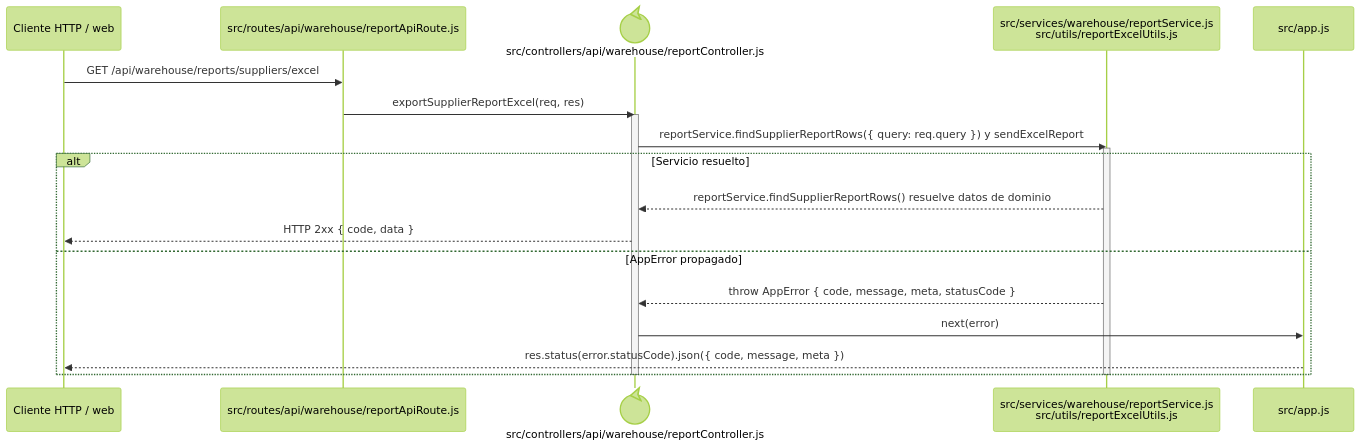
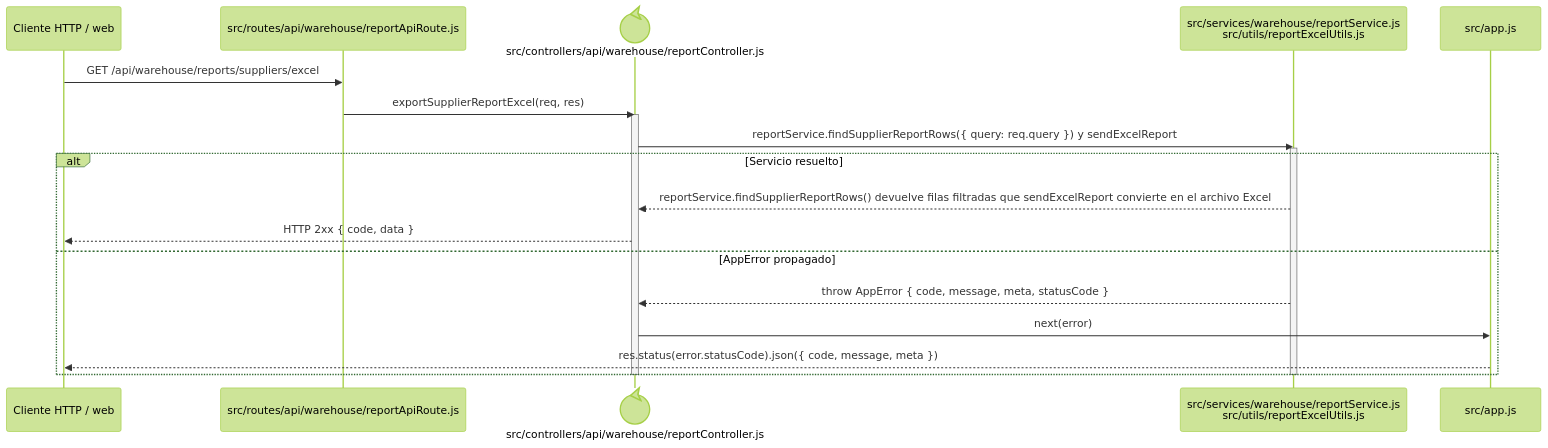
One commit to gpgsistemas01/nexus changed the diagram in docs/architecture/backend-code-sequences/catalogs/cu-cat-04.md. Above: the diagram before and after it, drawn with Mermaid (forest theme). The commit also changed 102 other files, not shown here.

````diff
--- a/docs/architecture/backend-code-sequences/catalogs/cu-cat-04.md
+++ b/docs/architecture/backend-code-sequences/catalogs/cu-cat-04.md
@@ -6,24 +6,24 @@
 ```mermaid
 sequenceDiagram
     participant Client as Cliente HTTP / web
     participant Route as src/routes/api/warehouse/reportApiRoute.js
     participant Controller@{ "type": "control" } as src/controllers/api/warehouse/reportController.js
     participant Domain as src/services/warehouse/reportService.js<br/>src/utils/reportExcelUtils.js
     participant ErrorHandler as src/app.js
 
     Client->>Route: GET /api/warehouse/reports/suppliers/excel
     Route->>Controller: exportSupplierReportExcel(req, res)
     activate Controller
     Controller->>Domain: reportService.findSupplierReportRows({ query: req.query }) y sendExcelReport
     activate Domain
     alt Servicio resuelto
-        Domain-->>Controller: reportService.findSupplierReportRows() resuelve datos de dominio
+        Domain-->>Controller: reportService.findSupplierReportRows() devuelve filas filtradas que sendExcelReport convierte en el archivo Excel
         Controller-->>Client: HTTP 2xx { code, data }
     else AppError propagado
         Domain-->>Controller: throw AppError { code, message, meta, statusCode }
         Controller->>ErrorHandler: next(error)
         ErrorHandler-->>Client: res.status(error.statusCode).json({ code, message, meta })
     end
     deactivate Domain
     deactivate Controller
 ```
````
